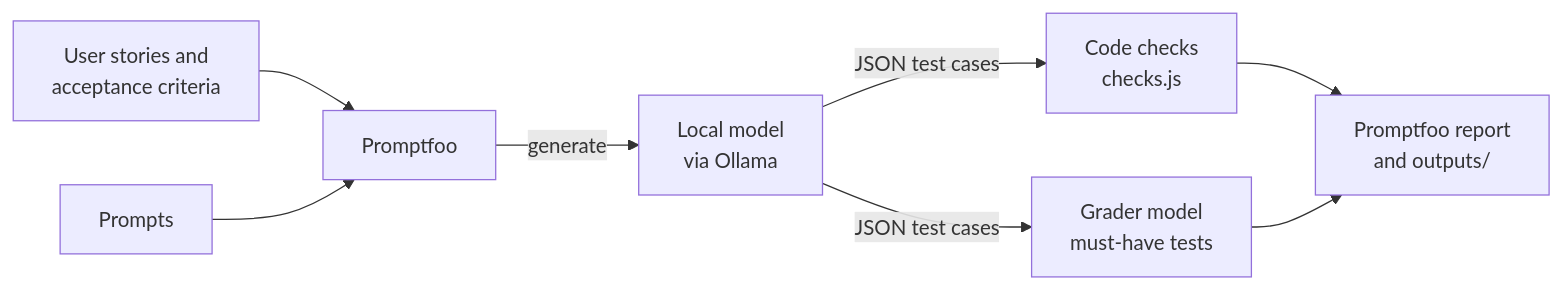
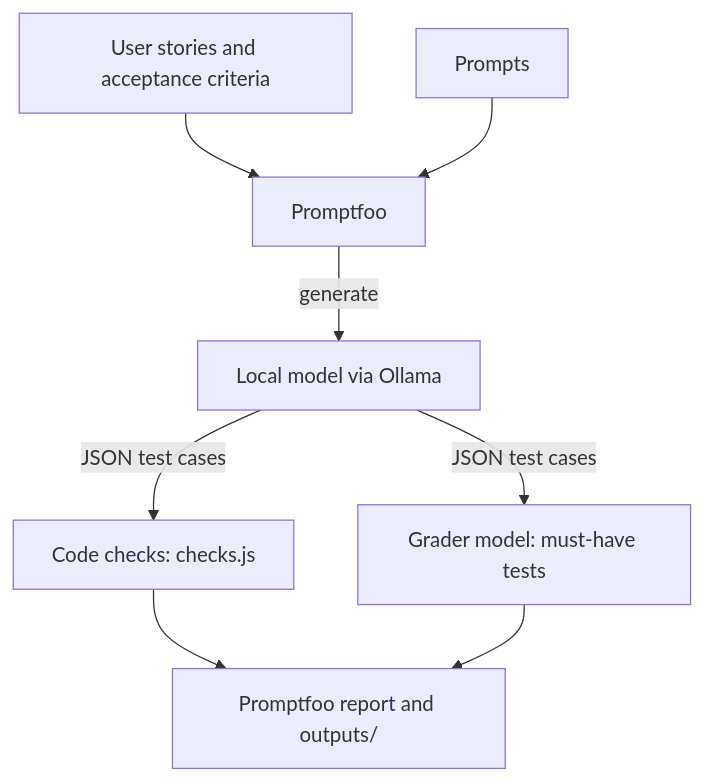
One commit to yashwant-das/ai-js-promptfoo-eval changed the diagram in README.md. Above: the diagram before and after it, drawn with Mermaid. The commit also changed other lines of this file and 23 other files, not shown here.

````diff
--- a/README.md
+++ b/README.md
@@ -20,10 +22,10 @@
 ```mermaid
-flowchart LR
-    Stories[User stories and<br/>acceptance criteria] --> PF[Promptfoo]
+flowchart TB
+    Stories["User stories and acceptance criteria"] --> PF[Promptfoo]
     Prompts[Prompts] --> PF
-    PF -->|generate| Model[Local model<br/>via Ollama]
-    Model -->|JSON test cases| Checks[Code checks<br/>checks.js]
-    Model -->|JSON test cases| Grader[Grader model<br/>must-have tests]
-    Checks --> Report[Promptfoo report<br/>and outputs/]
+    PF -->|generate| Model["Local model via Ollama"]
+    Model -->|JSON test cases| Checks["Code checks: checks.js"]
+    Model -->|JSON test cases| Grader["Grader model: must-have tests"]
+    Checks --> Report["Promptfoo report and outputs/"]
     Grader --> Report
 ```
````
